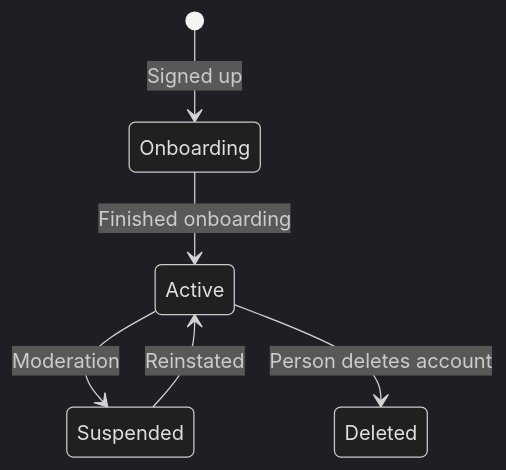
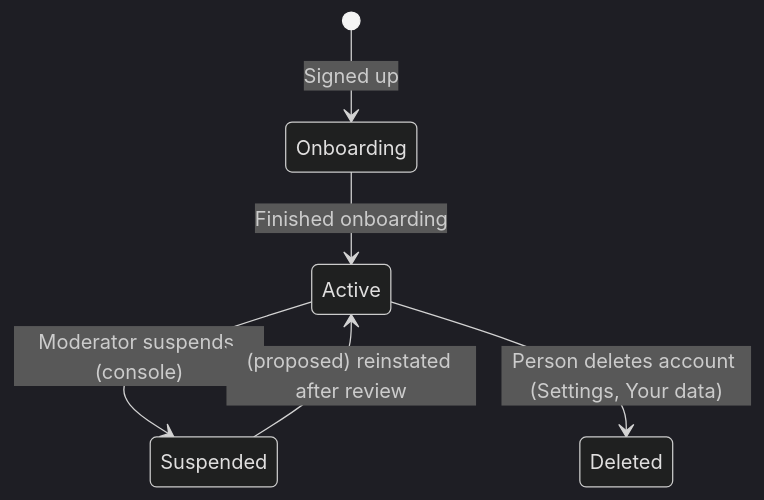
The sixth of 6 diagrams in docs/sunday/5-lifecycles.md (kirito-sketch/Art-Artist), drawn with Mermaid (dark theme) before and after one commit. The commit also changed other lines of this file and 8 other files, not shown here.

````diff
--- a/docs/sunday/5-lifecycles.md
+++ b/docs/sunday/5-lifecycles.md
@@ -76,8 +78,8 @@
 ```mermaid
 stateDiagram-v2
   [*] --> Onboarding: Signed up
   Onboarding --> Active: Finished onboarding
-  Active --> Suspended: Moderation
-  Suspended --> Active: Reinstated
-  Active --> Deleted: Person deletes account
+  Active --> Suspended: Moderator suspends (console)
+  Suspended --> Active: (proposed) reinstated after review
+  Active --> Deleted: Person deletes account (Settings, Your data)
 ```
````
